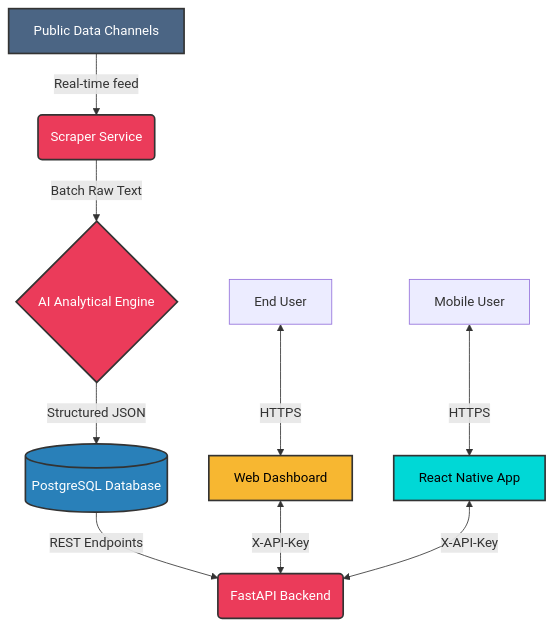
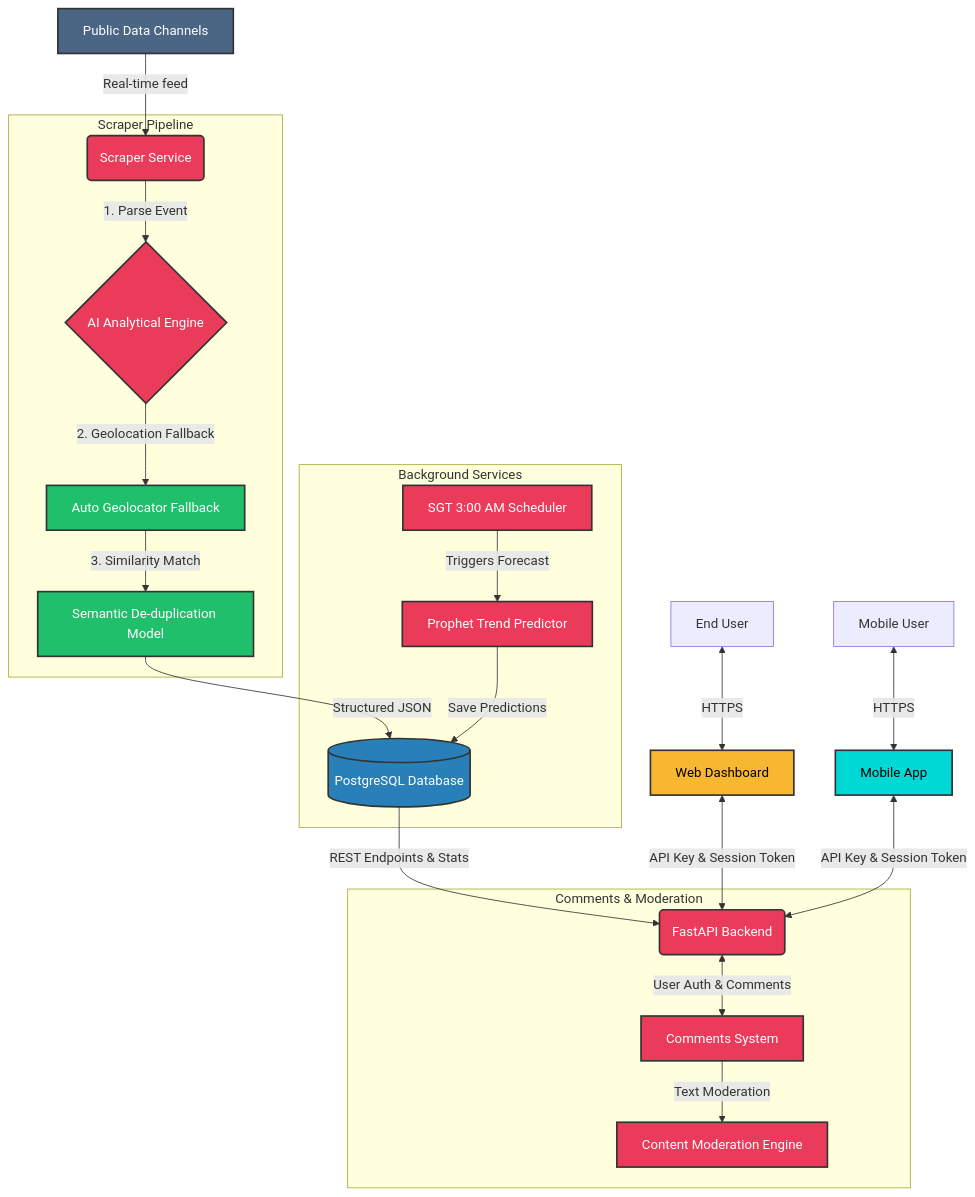
Before and after one commit to burmeseitman/burmaduta: the diagram in README.md, drawn with Mermaid.

Commit message:
docs: update system architecture Mermaid diagram in README.md

````diff
--- a/README.md
+++ b/README.md
@@ -45,26 +45,44 @@
 ```mermaid
 graph TD
     A[Public Data Channels] -->|Real-time feed| B(Scraper Service)
-    B -->|Batch Raw Text| C{AI Analytical Engine}
-    C -->|Structured JSON| D[(PostgreSQL Database)]
     
-    D -->|REST Endpoints| E(FastAPI Backend)
+    subgraph Scraper Pipeline
+        B -->|1. Parse Event| C{AI Analytical Engine}
+        C -->|2. Geolocation Fallback| GEO[Auto Geolocator Fallback]
+        GEO -->|3. Similarity Match| DEDUP[Semantic De-duplication Model]
+    end
     
-    F[End User] <-->|HTTPS| G[Web Dashboard]
-    H[Mobile User] <-->|HTTPS| I[React Native App]
+    DEDUP -->|Structured JSON| DB[(PostgreSQL Database)]
     
-    G <-->|X-API-Key| E
-    I <-->|X-API-Key| E
+    subgraph Background Services
+        SCHED[SGT 3:00 AM Scheduler] -->|Triggers Forecast| FORE[Prophet Trend Predictor]
+        FORE -->|Save Predictions| DB
+    end
+    
+    DB -->|REST Endpoints & Stats| API(FastAPI Backend)
+    
+    USR[End User] <-->|HTTPS| WEB[Web Dashboard]
+    MOB[Mobile User] <-->|HTTPS| APP[Mobile App]
+    
+    WEB <-->|API Key & Session Token| API
+    APP <-->|API Key & Session Token| API
+    
+    subgraph Comments & Moderation
+        API <-->|User Auth & Comments| COM[Comments System]
+        COM -->|Text Moderation| MOD[Content Moderation Engine]
+    end
     
     classDef frontend fill:#f7b731,stroke:#333,stroke-width:2px,color:#000;
     classDef mobile fill:#00d8d6,stroke:#333,stroke-width:2px,color:#000;
     classDef backend fill:#eb3b5a,stroke:#333,stroke-width:2px,color:#fff;
     classDef database fill:#2980b9,stroke:#333,stroke-width:2px,color:#fff;
     classDef external fill:#4b6584,stroke:#333,stroke-width:2px,color:#fff;
+    classDef pipeline fill:#20bf6b,stroke:#333,stroke-width:2px,color:#fff;
     
-    class G frontend;
-    class I mobile;
-    class B,C,E backend;
-    class D database;
+    class WEB frontend;
+    class APP mobile;
+    class B,C,API,FORE,SCHED,MOD,COM backend;
+    class DB database;
     class A external;
+    class GEO,DEDUP pipeline;
 ```
````
